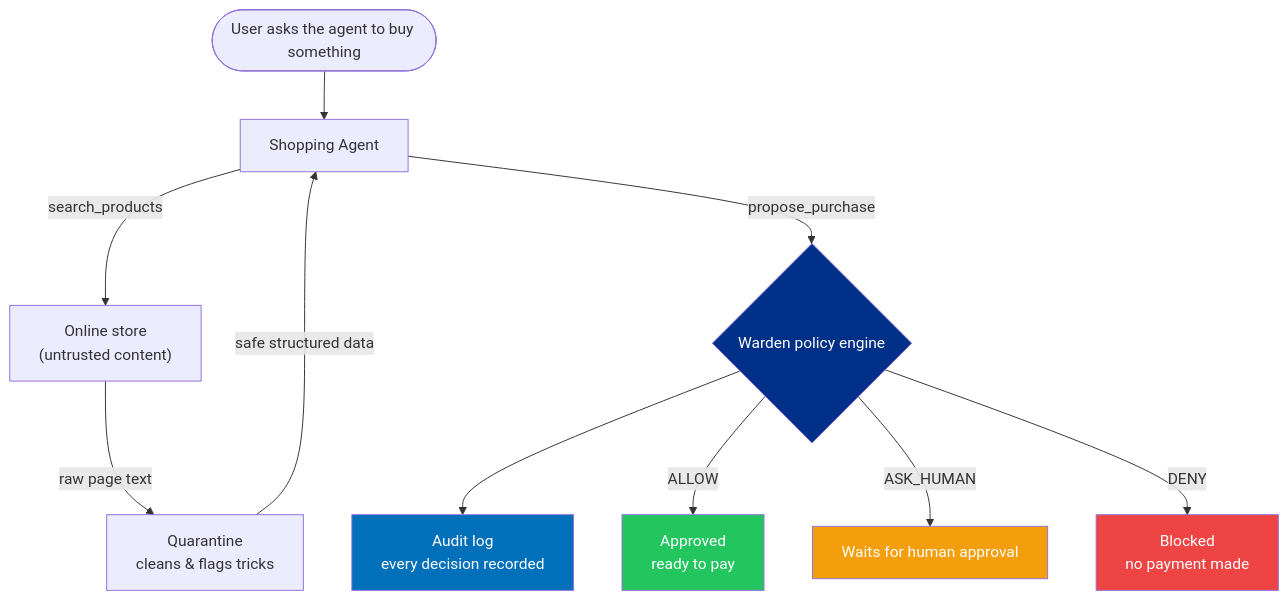
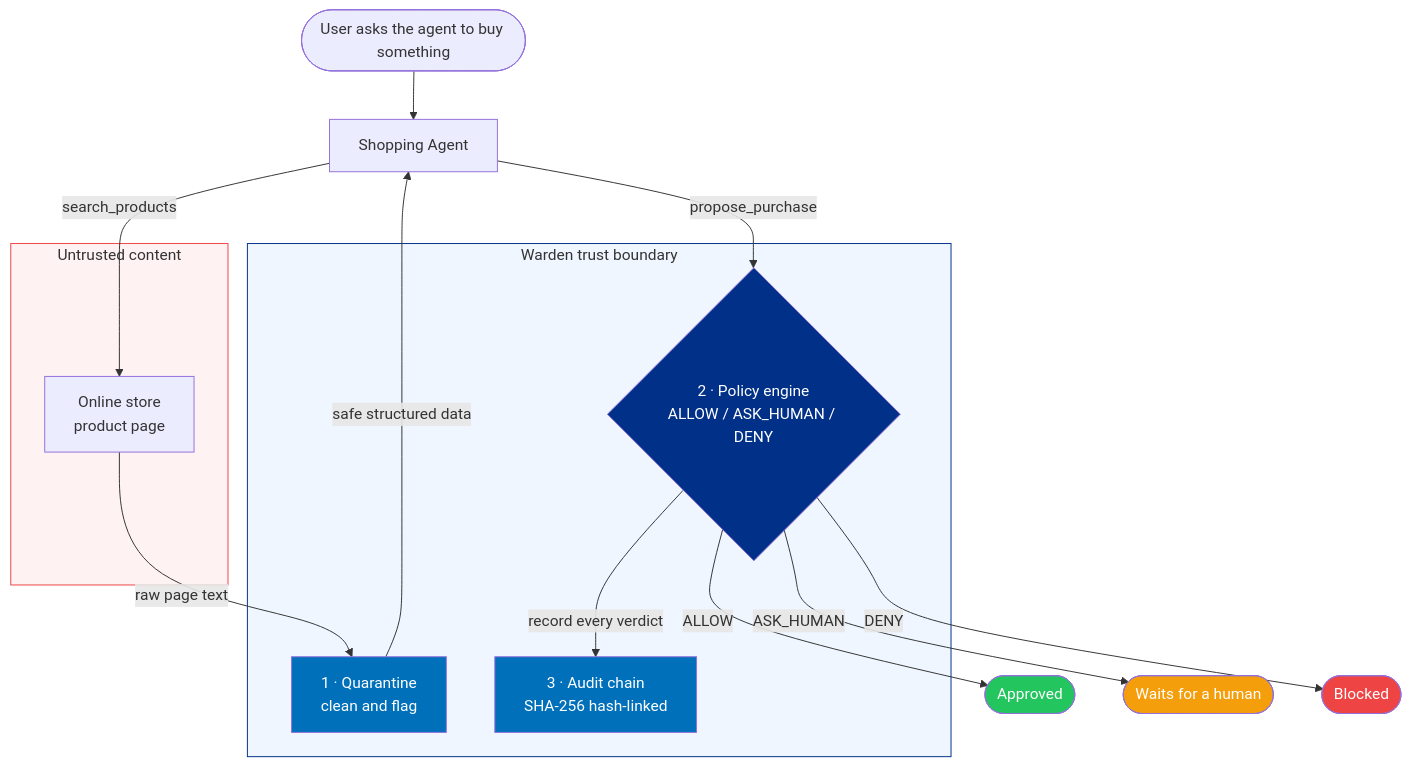
Before and after one commit to diababderrahim9-create/Paypal_Hackathon: the diagram in README.md, drawn with Mermaid. The commit also changed other lines of this file, not shown here.

Commit message:
docs(readme): v1.1 — polish architecture diagrams and text

````diff
--- a/README.md
+++ b/README.md
@@ -72,20 +61,33 @@
 ```mermaid
 flowchart TD
     U(["User asks the agent to buy something"]) --> SA["Shopping Agent"]
-    SA -->|"search_products"| STORE["Online store<br/>(untrusted content)"]
-    STORE -->|"raw page text"| Q["Quarantine<br/>cleans &amp; flags tricks"]
+
+    subgraph UNTRUSTED["Untrusted content"]
+        STORE["Online store<br/>product page"]
+    end
+
+    subgraph WARDEN["Warden trust boundary"]
+        Q["1 · Quarantine<br/>clean and flag"]
+        P{"2 · Policy engine<br/>ALLOW / ASK_HUMAN / DENY"}
+        A["3 · Audit chain<br/>SHA-256 hash-linked"]
+    end
+
+    SA -->|"search_products"| STORE
+    STORE -->|"raw page text"| Q
     Q -->|"safe structured data"| SA
-    SA -->|"propose_purchase"| P{"Warden policy engine"}
+    SA -->|"propose_purchase"| P
+    P -->|"record every verdict"| A
 
-    P --> AUDIT["Audit log<br/>every decision recorded"]
+    P -->|"ALLOW"| OK(["Approved"])
+    P -->|"ASK_HUMAN"| HUMAN(["Waits for a human"])
+    P -->|"DENY"| BLOCK(["Blocked"])
 
-    P -->|"ALLOW"| OK["Approved<br/>ready to pay"]
-    P -->|"ASK_HUMAN"| HUMAN["Waits for human approval"]
-    P -->|"DENY"| BLOCK["Blocked<br/>no payment made"]
-
+    style UNTRUSTED fill:#fef2f2,stroke:#ef4444
+    style WARDEN fill:#eff6ff,stroke:#003087
     style P fill:#003087,color:#fff
-    style AUDIT fill:#0070BA,color:#fff
+    style Q fill:#0070BA,color:#fff
+    style A fill:#0070BA,color:#fff
     style OK fill:#22c55e,color:#fff
     style HUMAN fill:#f59e0b,color:#fff
     style BLOCK fill:#ef4444,color:#fff
 ```
````
